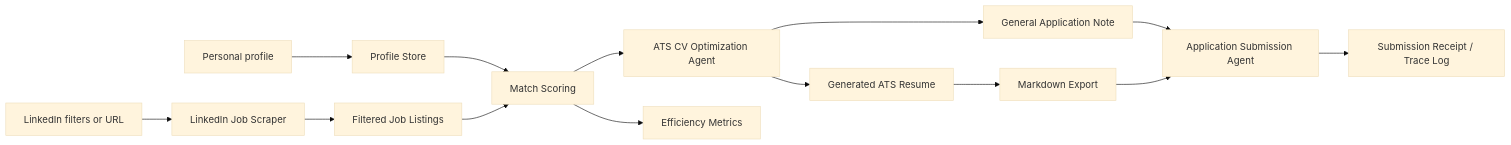
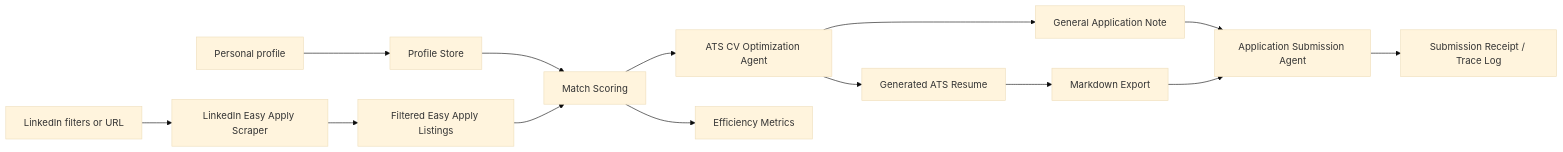
Before and after one commit to MrcDprm/quick-career-: the diagram in ARCHITECTURE.md, drawn with Mermaid (base theme). The commit also changed other lines of this file and 22 other files, not shown here.

Commit message:
QC-015: Turkish UI and LinkedIn Easy Apply scraping

````diff
--- a/ARCHITECTURE.md
+++ b/ARCHITECTURE.md
@@ -25,16 +25,16 @@
 ```mermaid
 flowchart LR
     A["Personal profile"] --> B["Profile Store"]
-    C["LinkedIn filters or URL"] --> D["LinkedIn Job Scraper"]
-    D --> E["Filtered Job Listings"]
+    C["LinkedIn filters or URL"] --> D["LinkedIn Easy Apply Scraper"]
+    D --> E["Filtered Easy Apply Listings"]
     B --> F["Match Scoring"]
     E --> F
     F --> G["ATS CV Optimization Agent"]
     G --> H["Generated ATS Resume"]
     G --> I["General Application Note"]
     H --> J["Markdown Export"]
     I --> K["Application Submission Agent"]
     J --> K
     K --> L["Submission Receipt / Trace Log"]
     F --> M["Efficiency Metrics"]
 ```
````
